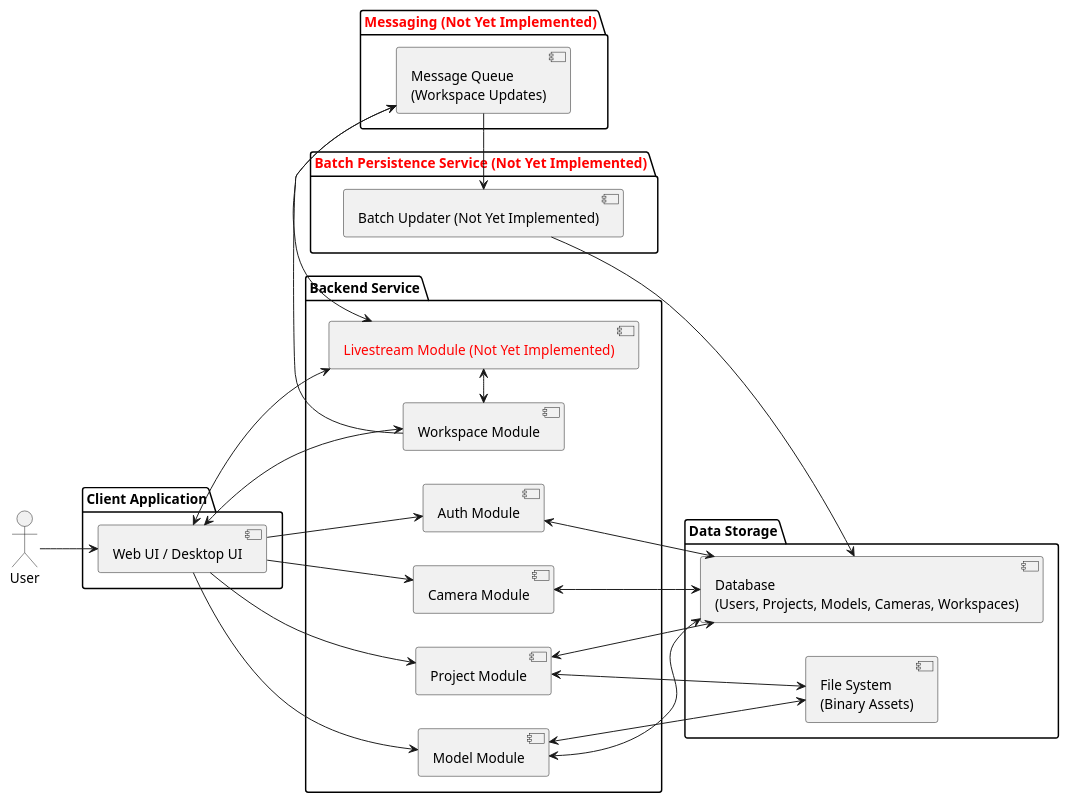
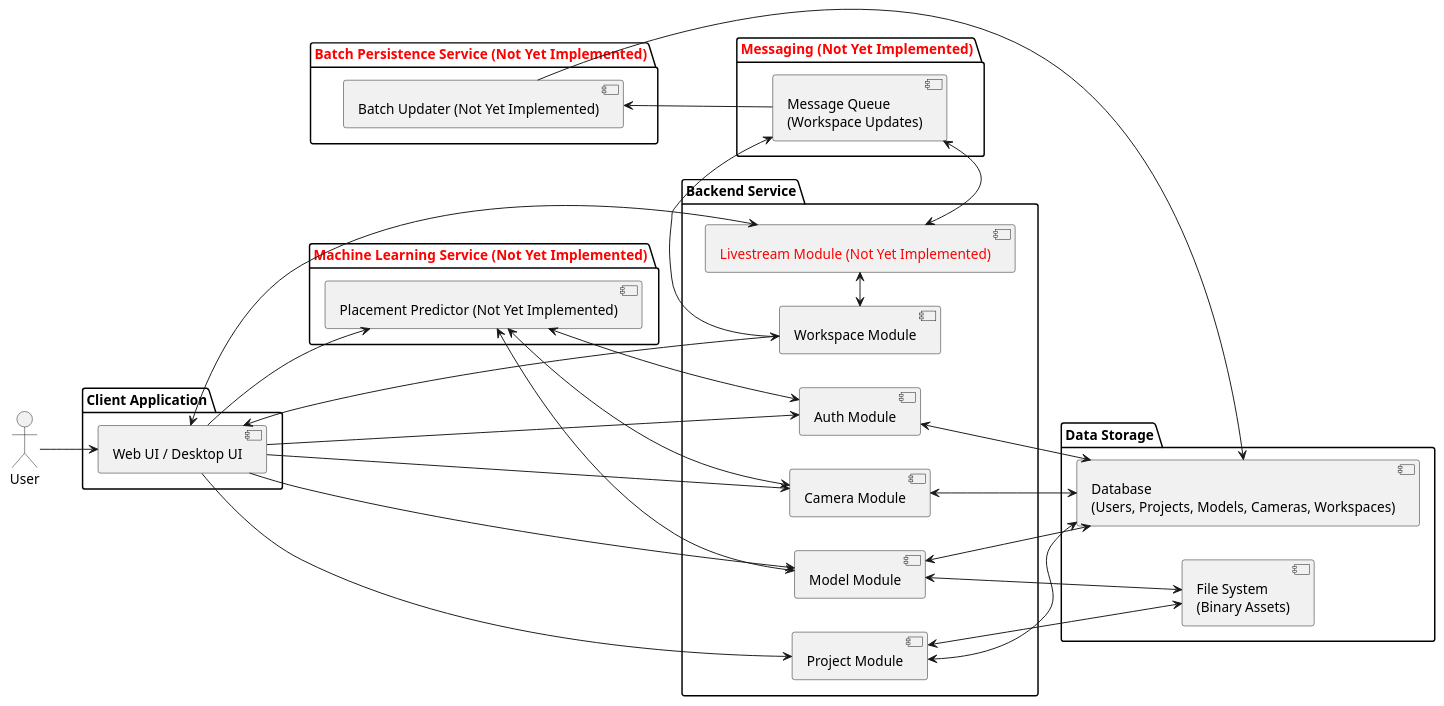
One commit to Ministry-of-Learning-of-Jura-Kites/OmniCam changed the diagram in docs/diagrams/system_architecture.puml. Above: the diagram before and after it, drawn with PlantUML. The commit also changed 1 other file, not shown here.

Commit message:
update diagrams

```diff
--- a/docs/diagrams/system_architecture.puml
+++ b/docs/diagrams/system_architecture.puml
@@ -1,60 +1,69 @@
 @startuml OmniCam System Architecture Diagram
 left to right direction
 
 actor User
 
 package "Client Application" {
   [Web UI / Desktop UI] as UI
 }
 
 package "Backend Service" {
   [Auth Module] as Auth
   [Model Module] as Model
   [Project Module] as Project
   together {
     [Workspace Module] as Workspace
     [<color:red>Livestream Module (Not Yet Implemented)</color>] as Livestream
   }
   [Camera Module] as Camera
 }
 
 package "<color:red>Batch Persistence Service (Not Yet Implemented)</color>" {
   [Batch Updater (Not Yet Implemented)] as BatchUpdater
 }
 
+package "<color:red>Machine Learning Service (Not Yet Implemented)</color>" {
+  [Placement Predictor (Not Yet Implemented)] as PlacementPredictor
+}
+
 package "Data Storage" {
   [Database\n(Users, Projects, Models, Cameras, Workspaces)] as DB
   [File System\n(Binary Assets)] as Repo
 }
 
 package "<color:red>Messaging (Not Yet Implemented)</color>" {
   [Message Queue\n(Workspace Updates)] as MessageQueue
 }
 
 ' Actors interact with UI
 User --> UI
 
 ' Client calls backend
 UI <--> Workspace
 UI <-> Livestream
 UI --> Auth
 UI --> Project
 UI --> Model
 UI --> Camera
+UI --> PlacementPredictor
+
+PlacementPredictor <-> Auth
+PlacementPredictor <-> Camera
+PlacementPredictor <--> Model
 
 ' Workspace Livestream
 Workspace <-> Livestream
-BatchUpdater <- MessageQueue
+BatchUpdater <-- MessageQueue
 BatchUpdater -down-> DB
 
 ' Backend to storage
 Auth <-> DB
 Project <-> DB
 Project <-> Repo
 Model <-> DB
 Model <-> Repo
 Workspace -> MessageQueue
 Livestream <-> MessageQueue
 Camera <--> DB
 
 @enduml
```
